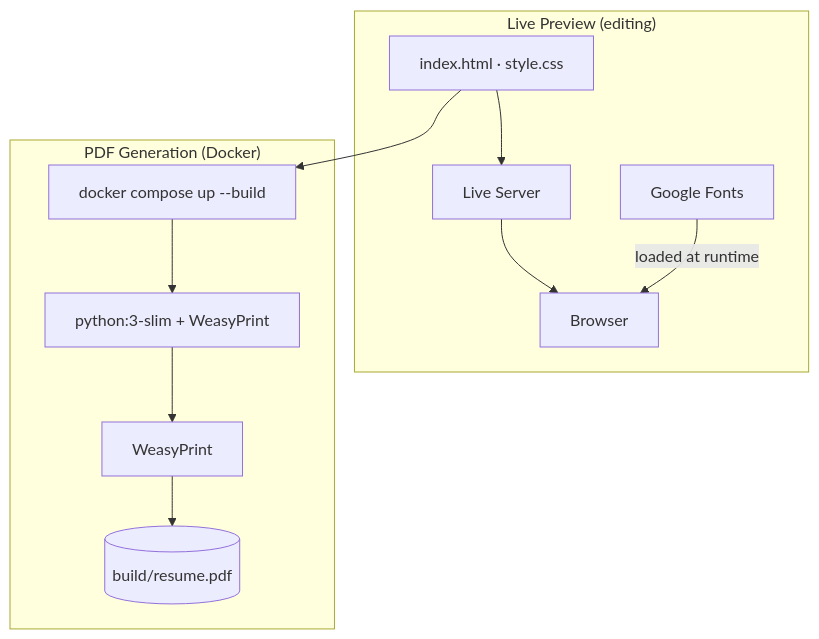
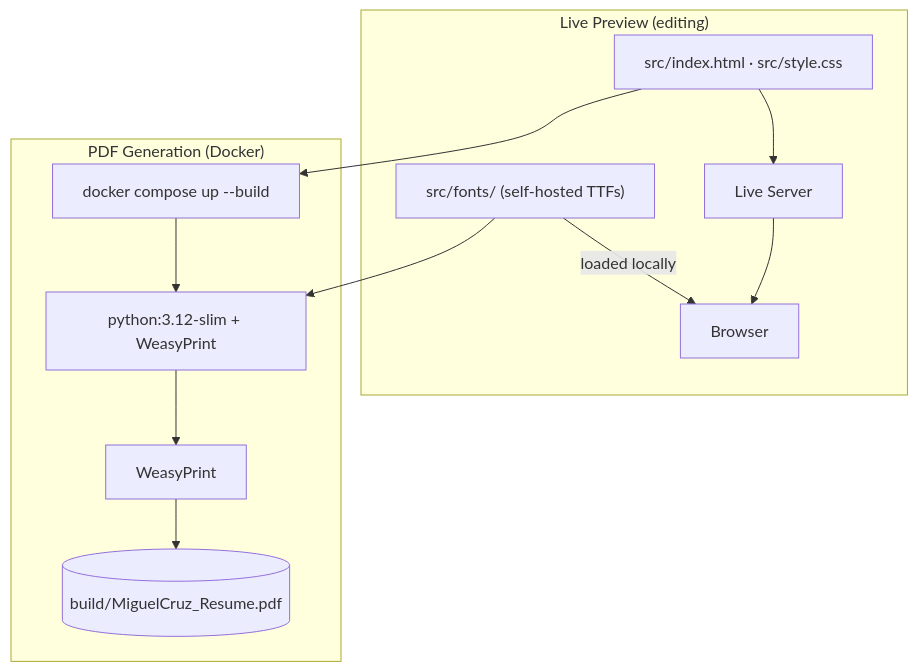
One commit to migcruz/cruzmiguelresume changed the diagram in README.md. Above: the diagram before and after it, drawn with Mermaid. The commit also changed other lines of this file and 9 other files, not shown here.

Commit message:
moved fonts and html and css to src folder. Updated some spelling errors in resume and README.md

````diff
--- a/README.md
+++ b/README.md
@@ -61,20 +61,21 @@
 ```mermaid
 flowchart TD
-    src["index.html · style.css"]
+    src["src/index.html · src/style.css"]
+    fonts["src/fonts/ (self-hosted TTFs)"]
 
     subgraph preview["Live Preview (editing)"]
         LS["Live Server"]
         BR["Browser"]
-        GF["Google Fonts"]
         src --> LS --> BR
-        GF -->|loaded at runtime| BR
+        fonts -->|loaded locally| BR
     end
 
     subgraph docker["PDF Generation (Docker)"]
         DC["docker compose up --build"]
-        IMG["python:3-slim + WeasyPrint"]
+        IMG["python:3.12-slim + WeasyPrint"]
         WP["WeasyPrint"]
-        VOL[("build/resume.pdf")]
+        VOL[("build/MiguelCruz_Resume.pdf")]
         src --> DC --> IMG --> WP --> VOL
+        fonts --> IMG
     end
 ```
````
